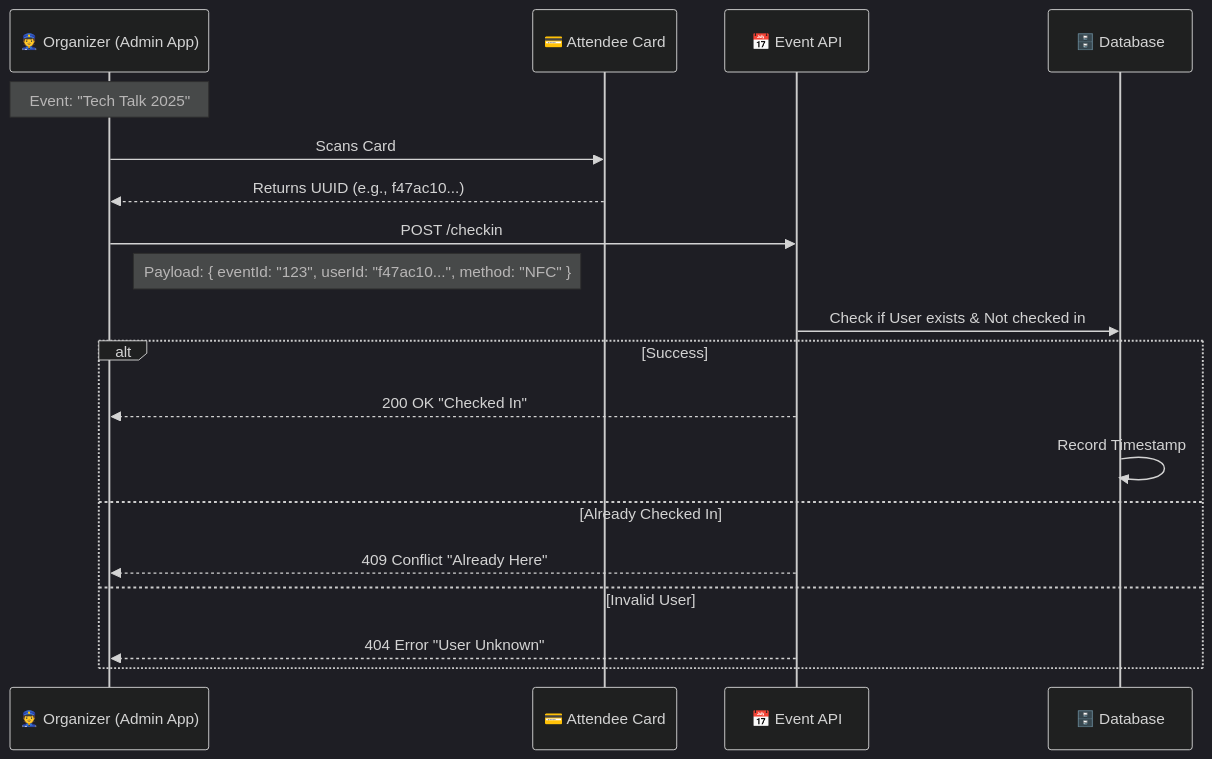
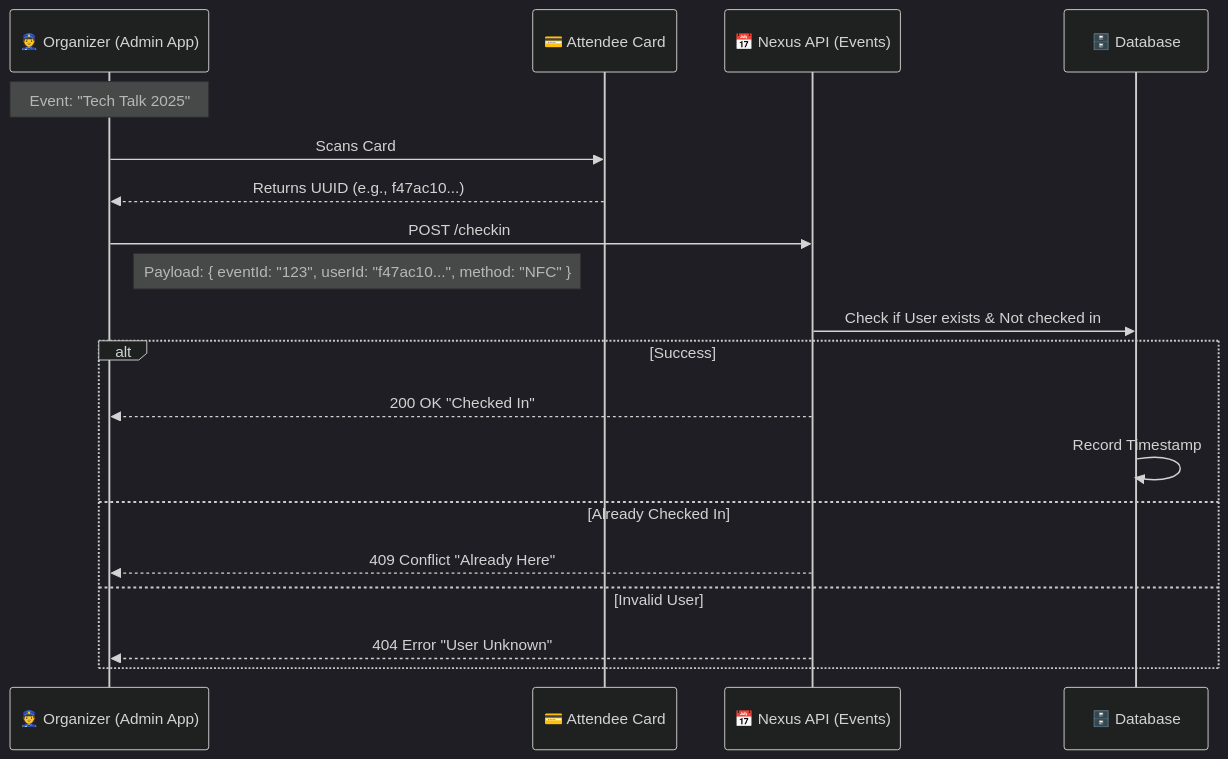
Before and after one commit to gdg-pup-webdev/gdg-pup-platform: the second of 2 diagrams in docs/NFC/01-IDENTITY_FLOW.md, drawn with Mermaid (dark theme). The commit also changed other lines of this file and 10 other files, not shown here.

````diff
--- a/docs/NFC/01-IDENTITY_FLOW.md
+++ b/docs/NFC/01-IDENTITY_FLOW.md
@@ -85,26 +85,26 @@
 ```mermaid
 sequenceDiagram
     participant Organizer as 👮 Organizer (Admin App)
     participant Card as 💳 Attendee Card
-    participant API as 📅 Event API
+    participant API as 📅 Nexus API (Events)
     participant DB as 🗄️ Database
 
     Note over Organizer: Event: "Tech Talk 2025"
 
     Organizer->>Card: Scans Card
     Card-->>Organizer: Returns UUID (e.g., f47ac10...)
 
     Organizer->>API: POST /checkin
     Note right of Organizer: Payload: { eventId: "123", userId: "f47ac10...", method: "NFC" }
 
     API->>DB: Check if User exists & Not checked in
 
     alt Success
         API-->>Organizer: 200 OK "Checked In"
         DB->>DB: Record Timestamp
     else Already Checked In
         API-->>Organizer: 409 Conflict "Already Here"
     else Invalid User
         API-->>Organizer: 404 Error "User Unknown"
     end
 ```
````
